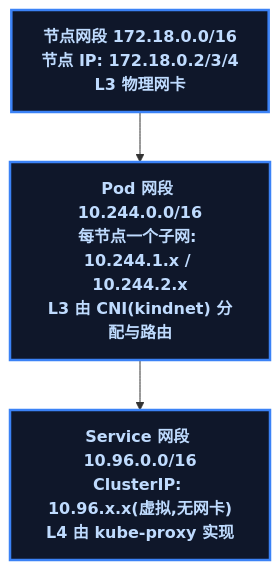
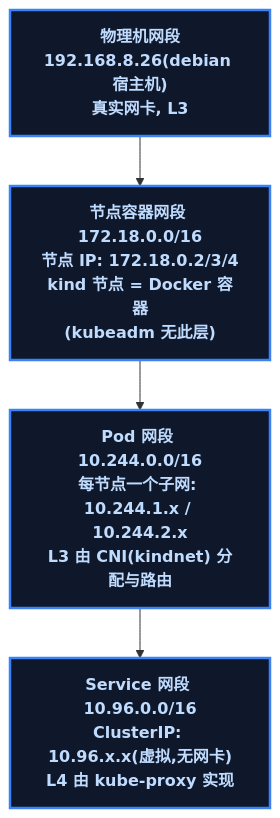
Before and after one commit to yaocat55/yaocat55.github.io: the second of 4 diagrams in content/posts/kubernetes/K8sNetworkLayeringMap.md, drawn with Mermaid. The commit also changed other lines of this file, not shown here.

Commit message:
docs: 网络分层篇修正为四层(物理机 IP 192.168.8.26 加入, 172.18.0.x 明确为 kind 容器 IP)

````diff
--- a/content/posts/kubernetes/K8sNetworkLayeringMap.md
+++ b/content/posts/kubernetes/K8sNetworkLayeringMap.md
@@ -95,16 +98,18 @@
 ```mermaid
-%% K8s 三网段: 节点网段 / Pod 网段 / Service 网段 各司其职
+%% K8s 四层网络: 物理机 → 节点容器 → Pod → Service, 各层网段与组件
 flowchart TD
     classDef root fill:#0f172a,stroke:#3b82f6,stroke-width:2.5px,color:#bfdbfe,font-weight:bold;
     classDef process fill:#1e1e24,stroke:#6b7280,stroke-width:2px,color:#e5e7eb;
     classDef data fill:#052e16,stroke:#16a34a,stroke-width:2px,color:#bbf7d0,font-weight:bold;
 
-    N["节点网段 172.18.0.0/16<br/>节点 IP: 172.18.0.2/3/4<br/>L3 物理网卡"]
+    M["物理机网段<br/>192.168.8.26(debian 宿主机)<br/>真实网卡, L3"]
+    N["节点容器网段 172.18.0.0/16<br/>节点 IP: 172.18.0.2/3/4<br/>kind 节点 = Docker 容器<br/>(kubeadm 无此层)"]
     P["Pod 网段 10.244.0.0/16<br/>每节点一个子网: 10.244.1.x / 10.244.2.x<br/>L3 由 CNI(kindnet) 分配与路由"]
     S["Service 网段 10.96.0.0/16<br/>ClusterIP: 10.96.x.x(虚拟,无网卡)<br/>L4 由 kube-proxy 实现"]
 
+    M --> N
     N --> P
     P --> S
 
-    class N,P,S root;
+    class M,N,P,S root;
 ```
````
